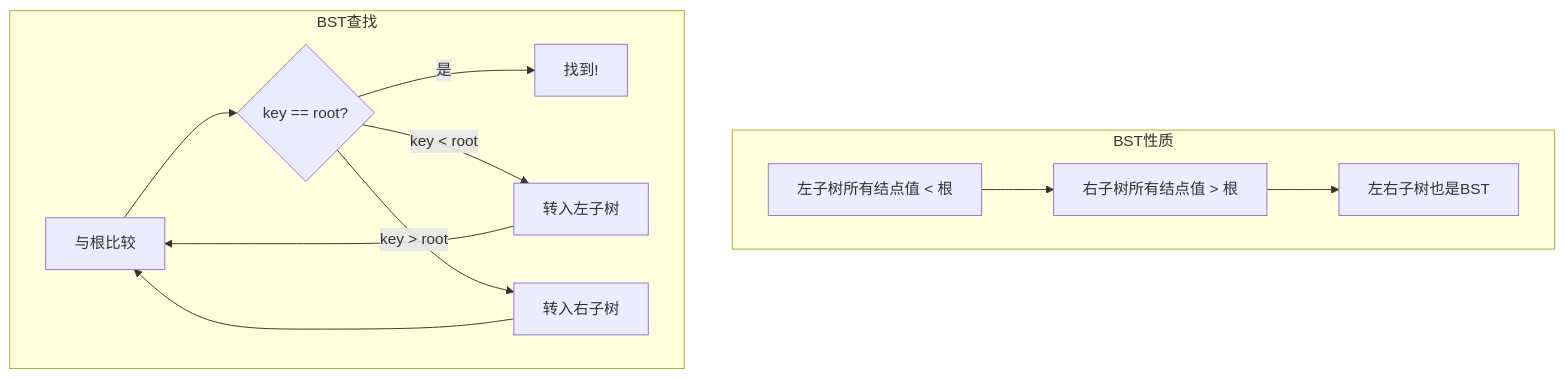
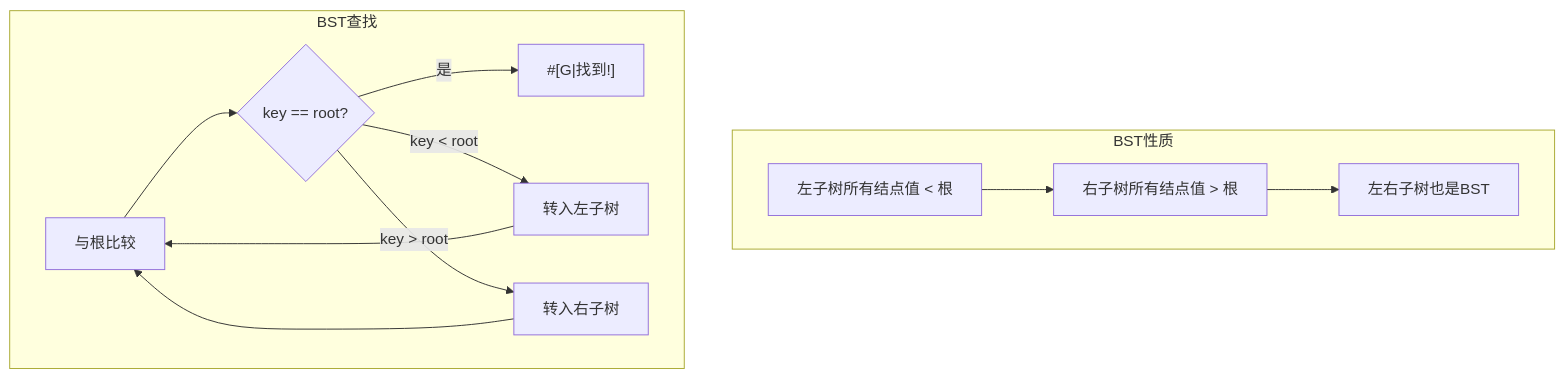
One commit to AH23333/Blog changed diagram 16 of 32 in src/content/philes/volume-1/CS-DS/简易数据结构知识点.md. Above: the diagram before and after it, drawn with Mermaid. The commit also changed other lines of this file and 13 other files, not shown here.

Commit message:
修复mermaid渲染问题，更正skill.md

````diff
--- a/src/content/philes/volume-1/CS-DS/简易数据结构知识点.md
+++ b/src/content/philes/volume-1/CS-DS/简易数据结构知识点.md
@@ -530,16 +532,16 @@
 ```mermaid
 graph TD
     subgraph BST性质
-        P1[""左子树所有结点值 < 根""] --> P2[""右子树所有结点值 > 根""]
+        P1["左子树所有结点值 < 根"] --> P2["右子树所有结点值 > 根"]
         P2 --> P3["左右子树也是BST"]
     end
 
     subgraph BST查找
         S1["与根比较"] --> S2{"key == root?"}
-        S2 -->|"是"| F["找到!"]
+        S2 -->|"是"| F["#[G|找到!]"]
         S2 -->|"key < root"| L["转入左子树"]
         S2 -->|"key > root"| R["转入右子树"]
         L --> S1
         R --> S1
     end
 ```
````
